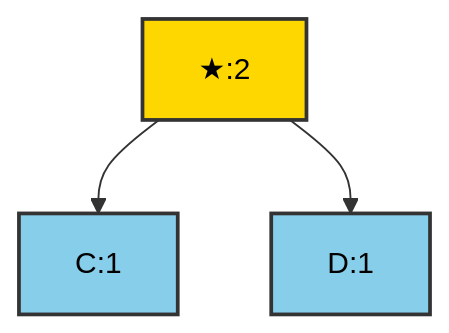
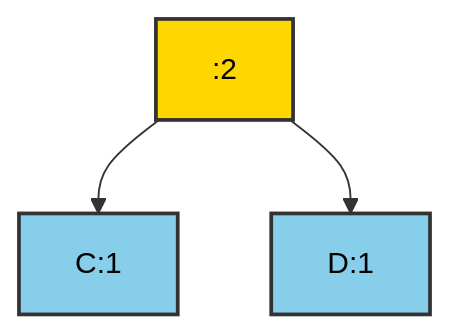
Before and after one commit to PanagopoulosNikolaos/DitOpenNotes: the second of 7 diagrams in Year_2/Semester_3/DSA_DATA_STRUCTURES_ALGORITHMS/Lectures/Huffman_Coding.md, drawn with Mermaid. The commit also changed other lines of this file and 24 other files, not shown here.

````diff
--- a/Year_2/Semester_3/DSA_DATA_STRUCTURES_ALGORITHMS/Lectures/Huffman_Coding.md
+++ b/Year_2/Semester_3/DSA_DATA_STRUCTURES_ALGORITHMS/Lectures/Huffman_Coding.md
@@ -181,9 +181,9 @@
 ```mermaid
 graph TD
-    CD["★:2"] --> C["C:1"]
+    CD[":2"] --> C["C:1"]
     CD --> D["D:1"]
     
     style CD fill:#FFD700,stroke:#333,stroke-width:2px,color:black
     style C fill:#87CEEB,stroke:#333,stroke-width:2px,color:black
     style D fill:#87CEEB,stroke:#333,stroke-width:2px,color:black
 ```
````
